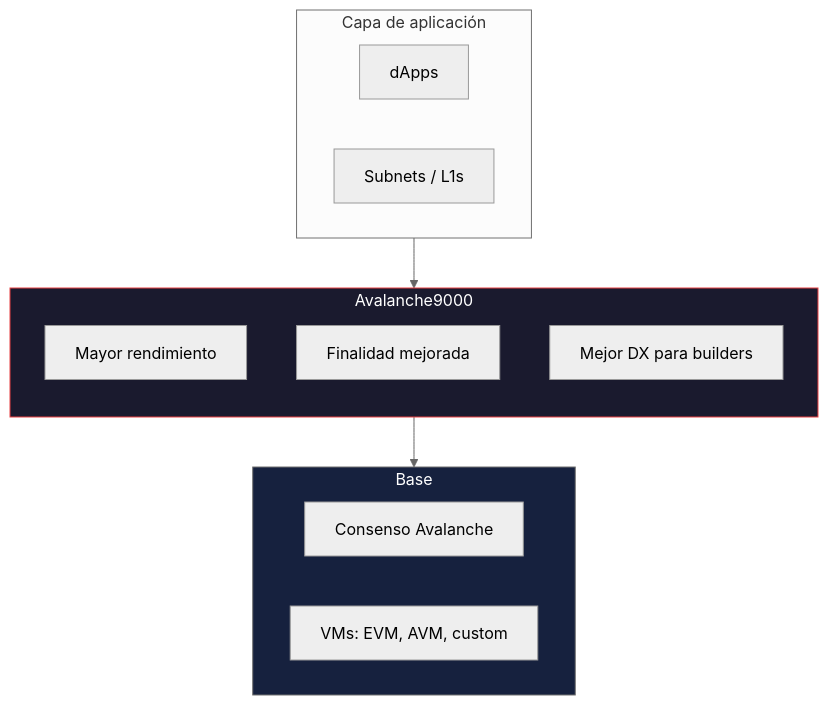
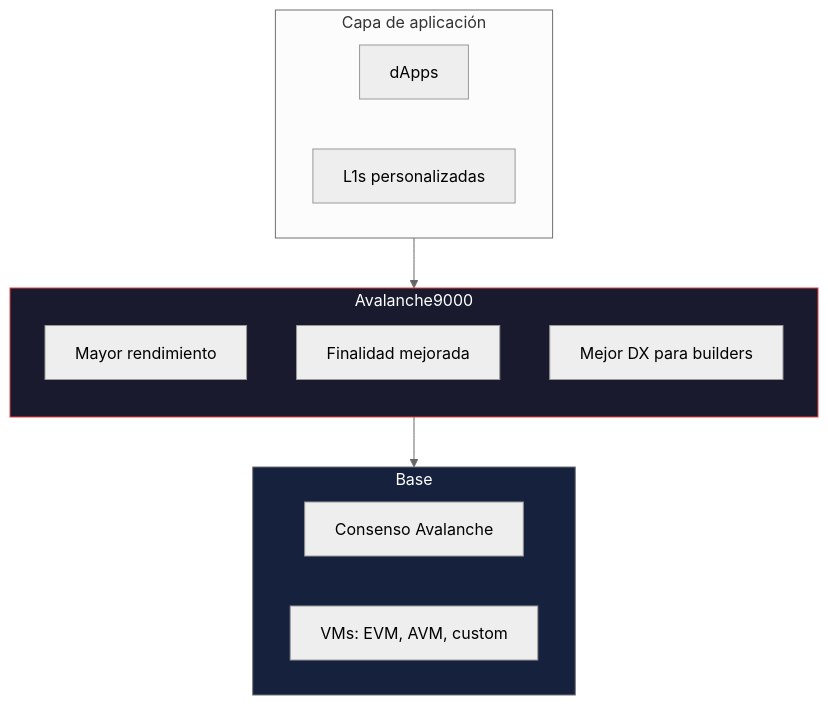
One commit to MarxMad/Avax-Guide changed the fourth of 8 diagrams in semana-2/01-subnets-avalanche9000.md. Above: the diagram before and after it, drawn with Mermaid (neutral theme). The commit also changed other lines of this file and 10 other files, not shown here.

````diff
--- a/semana-2/01-subnets-avalanche9000.md
+++ b/semana-2/01-subnets-avalanche9000.md
@@ -116,25 +118,25 @@
 ```mermaid
 flowchart TB
     subgraph App["Capa de aplicación"]
         Dapps[dApps]
-        Subnets[Subnets / L1s]
+        Subnets[L1s personalizadas]
     end
 
     subgraph Avalanche9000["Avalanche9000"]
         direction TB
         Perf[Mayor rendimiento]
         Final[Finalidad mejorada]
         DX[Mejor DX para builders]
     end
 
     subgraph Base["Base"]
         Consensus[Consenso Avalanche]
         VMs[VMs: EVM, AVM, custom]
     end
 
     App --> Avalanche9000
     Avalanche9000 --> Base
 
     style Avalanche9000 fill:#1a1a2e,stroke:#e84142,color:#fff
     style Base fill:#16213e,color:#fff
 ```
````
